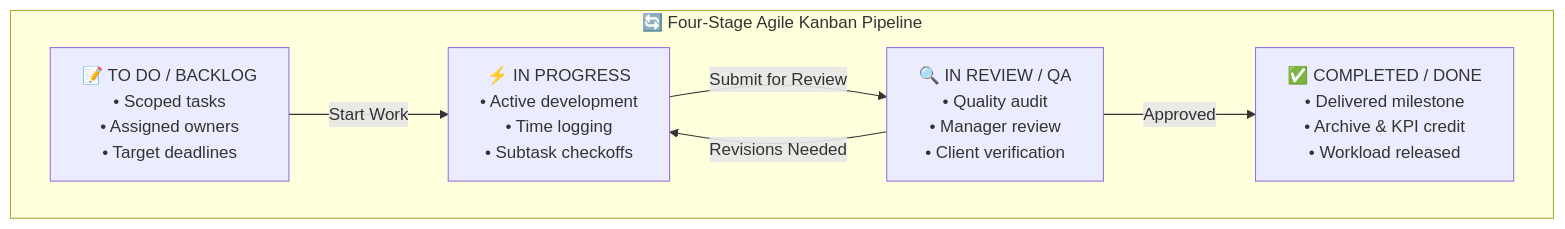
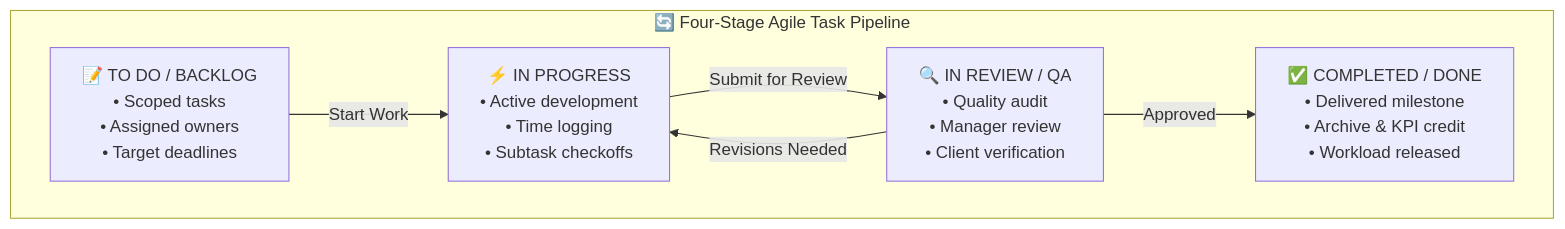
One commit to SRJ-GROUP/hubnest_user_guide changed the diagram in docs/hrms/tasks.md. Above: the diagram before and after it, drawn with Mermaid. The commit also changed other lines of this file and 161 other files, not shown here.

Commit message:
feat: complete HubMeet suite, supervisor portal docs, diagram fixes, and interactive eye-button zoom modal

````diff
--- a/docs/hrms/tasks.md
+++ b/docs/hrms/tasks.md
@@ -26,15 +26,15 @@
 ```mermaid
 graph LR
-    subgraph Stages["🔄 Four-Stage Agile Kanban Pipeline"]
+    subgraph Stages["🔄 Four-Stage Agile Task Pipeline"]
         direction LR
         S1["📝 TO DO / BACKLOG<br/>• Scoped tasks<br/>• Assigned owners<br/>• Target deadlines"]
         S2["⚡ IN PROGRESS<br/>• Active development<br/>• Time logging<br/>• Subtask checkoffs"]
         S3["🔍 IN REVIEW / QA<br/>• Quality audit<br/>• Manager review<br/>• Client verification"]
         S4["✅ COMPLETED / DONE<br/>• Delivered milestone<br/>• Archive & KPI credit<br/>• Workload released"]
     end
 
     S1 -->|Start Work| S2
     S2 -->|Submit for Review| S3
     S3 -->|Approved| S4
     S3 -->|Revisions Needed| S2
 ```
````
